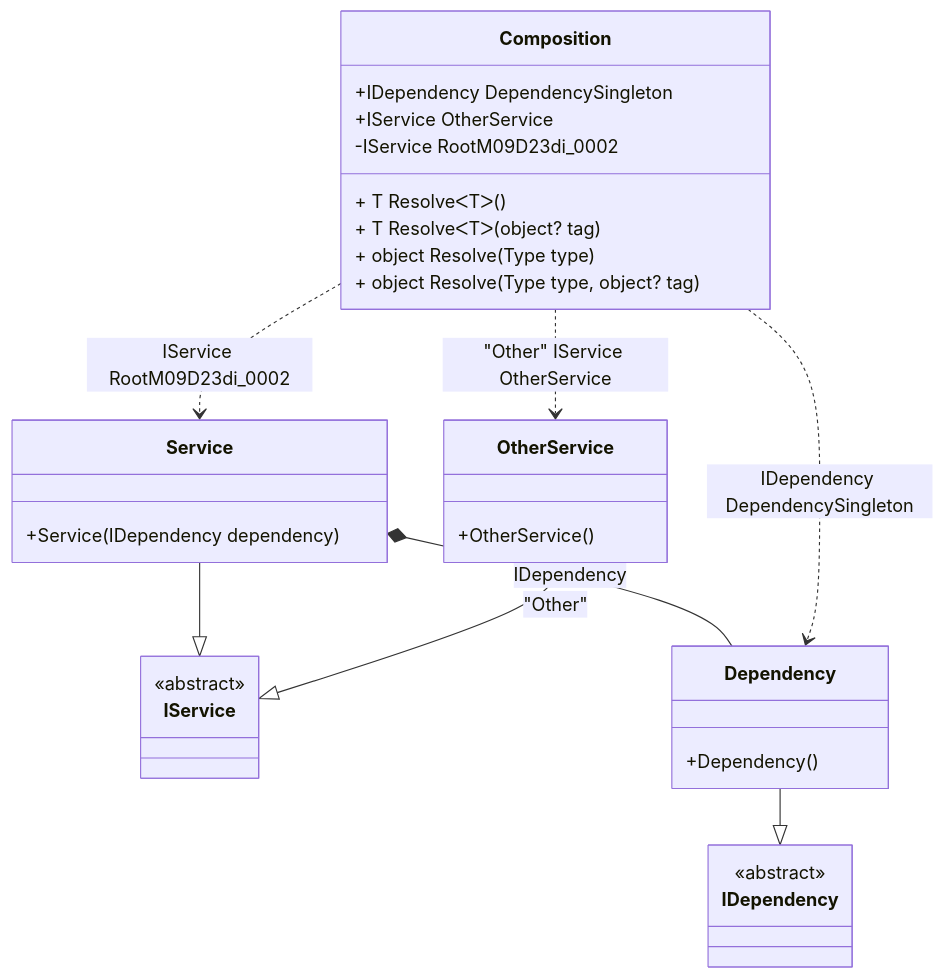
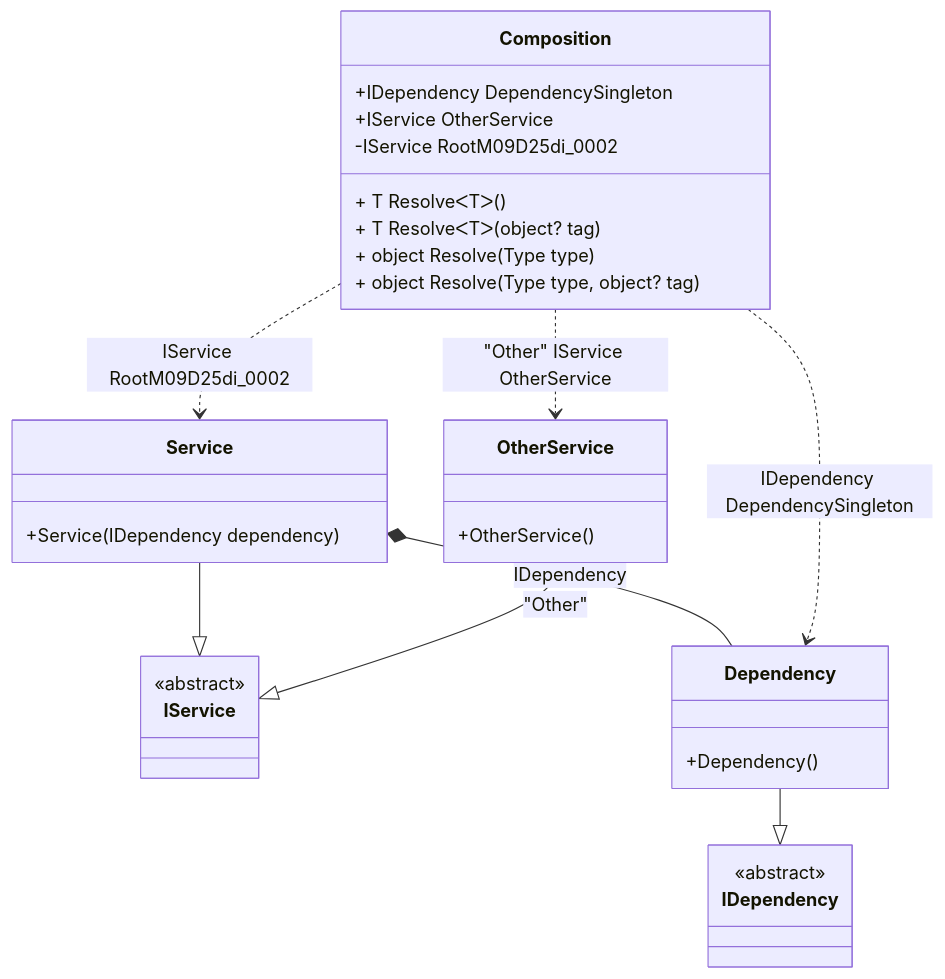
One commit to DevTeam/Pure.DI changed the diagram in readme/resolve-methods.md. Above: the diagram before and after it, drawn with Mermaid. The commit also changed other lines of this file and 56 other files, not shown here.

````diff
--- a/readme/resolve-methods.md
+++ b/readme/resolve-methods.md
@@ -47,34 +47,34 @@
 ```mermaid
 classDiagram
   class Composition {
     +IDependency DependencySingleton
     +IService OtherService
-    -IService RootM09D23di_0002
+    -IService RootM09D25di_0002
     + T ResolveᐸTᐳ()
     + T ResolveᐸTᐳ(object? tag)
     + object Resolve(Type type)
     + object Resolve(Type type, object? tag)
   }
   Service --|> IService : 
   class Service {
     +Service(IDependency dependency)
   }
   Dependency --|> IDependency : 
   class Dependency {
     +Dependency()
   }
   OtherService --|> IService : "Other" 
   class OtherService {
     +OtherService()
   }
   class IService {
     <<abstract>>
   }
   class IDependency {
     <<abstract>>
   }
   Service *--  Dependency : IDependency
   Composition ..> Dependency : IDependency DependencySingleton
-  Composition ..> Service : IService RootM09D23di_0002
+  Composition ..> Service : IService RootM09D25di_0002
   Composition ..> OtherService : "Other" IService OtherService
 ```
````
